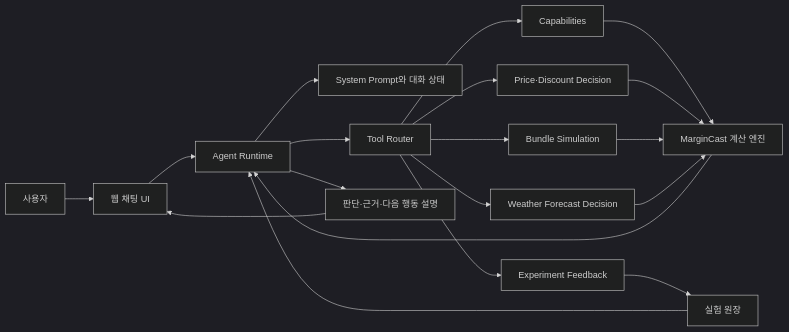
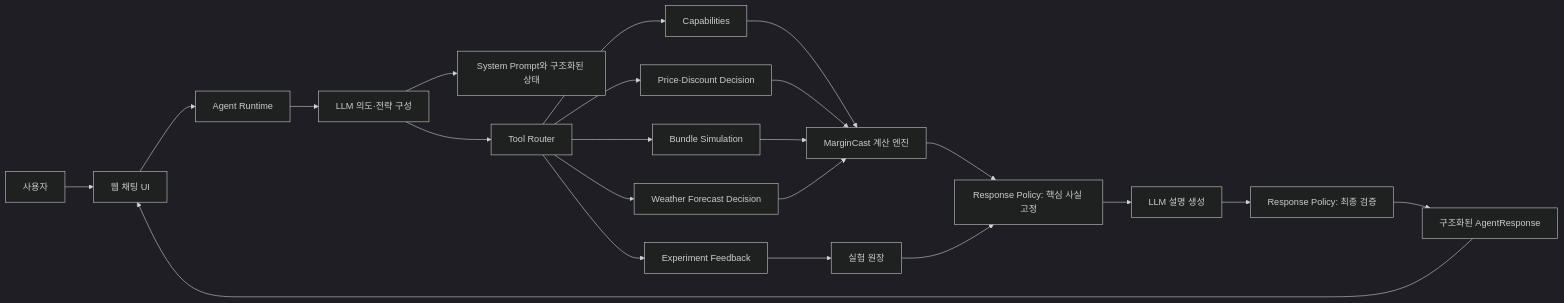
The diagram in docs/agent-body-plan.md (pz1u/margin-cast), drawn with Mermaid (dark theme) before and after one commit. The commit also changed other lines of this file and 2 other files, not shown here.

Commit message:
docs: Agent 본체 구현 계약 재설계

````diff
--- a/docs/agent-body-plan.md
+++ b/docs/agent-body-plan.md
@@ -65,21 +72,24 @@
 ```mermaid
 flowchart LR
     U[사용자] --> UI[웹 채팅 UI]
     UI --> A[Agent Runtime]
-    A --> P[System Prompt와 대화 상태]
-    A --> R[Tool Router]
+    A --> I[LLM 의도·전략 구성]
+    I --> P[System Prompt와 구조화된 상태]
+    I --> R[Tool Router]
     R --> C[Capabilities]
     R --> D[Price·Discount Decision]
     R --> B[Bundle Simulation]
     R --> W[Weather Forecast Decision]
     R --> F[Experiment Feedback]
     C --> E[MarginCast 계산 엔진]
     D --> E
     B --> E
     W --> E
     F --> L[실험 원장]
-    E --> A
-    L --> A
-    A --> O[판단·근거·다음 행동 설명]
+    E --> RP1[Response Policy: 핵심 사실 고정]
+    L --> RP1
+    RP1 --> X[LLM 설명 생성]
+    X --> RP2[Response Policy: 최종 검증]
+    RP2 --> O[구조화된 AgentResponse]
     O --> UI
 ```
````
